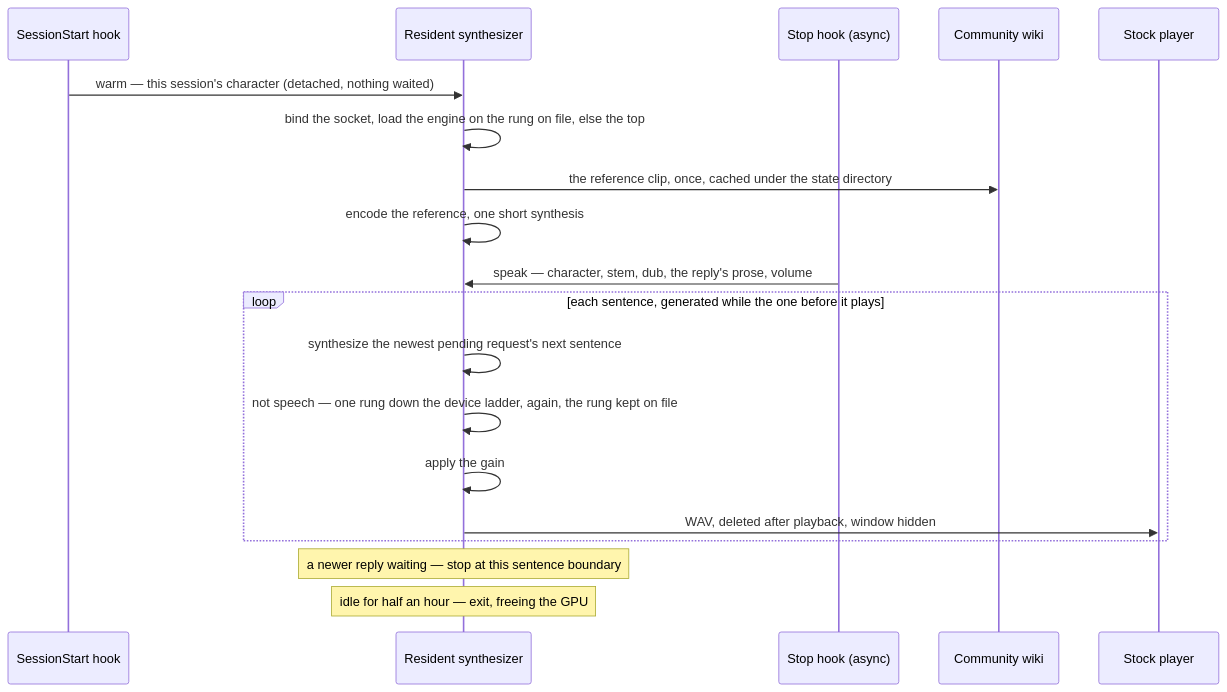
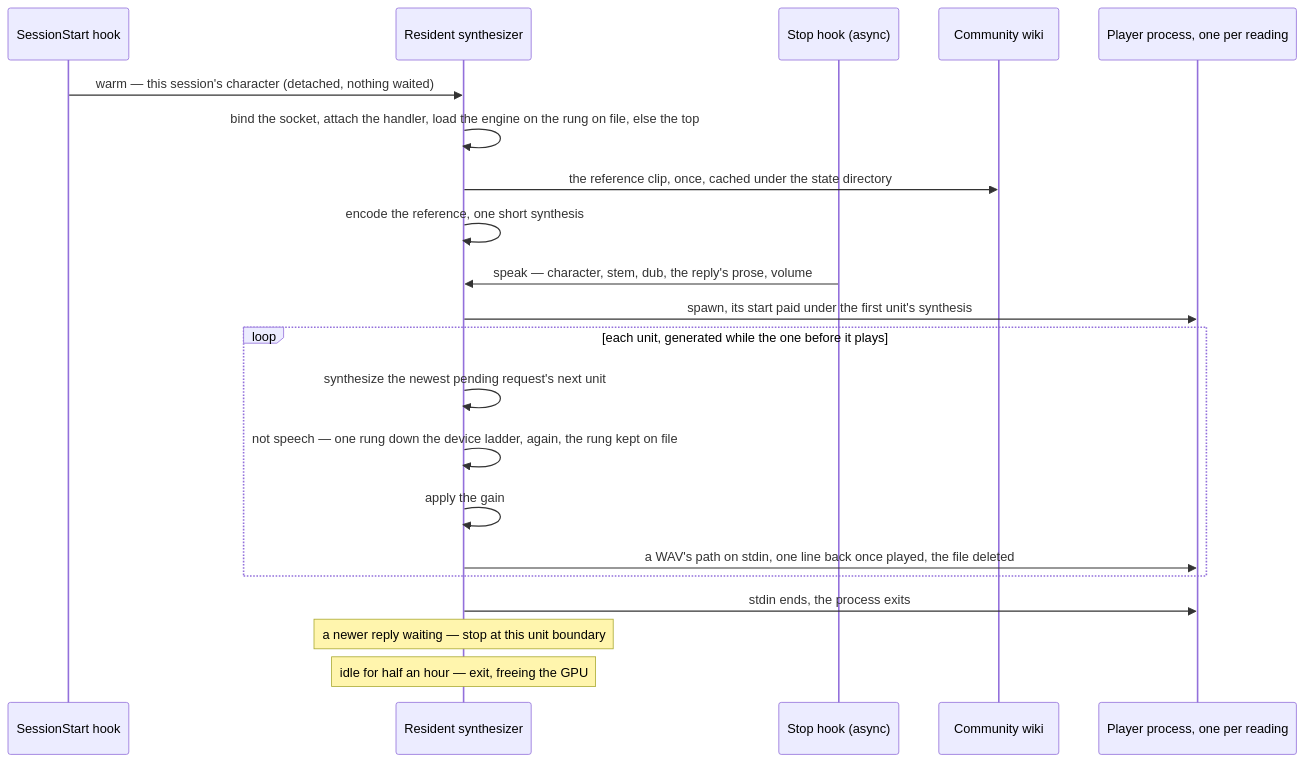
The first of 2 diagrams in apps/web/content/docs/infra/claude-interface/spoken-replies.md (Esposter/Esposter), drawn with Mermaid before and after one commit. The commit also changed other lines of this file and 11 other files, not shown here.

First line of the commit message:
perf(genshin-persona): a reply is read in units of a few sentences after the first, from a five-second reference

````diff
--- a/apps/web/content/docs/infra/claude-interface/spoken-replies.md
+++ b/apps/web/content/docs/infra/claude-interface/spoken-replies.md
@@ -19,22 +19,24 @@
 ```mermaid
 sequenceDiagram
     participant Start as SessionStart hook
     participant Server as Resident synthesizer
     participant Stop as Stop hook (async)
     participant Wiki as Community wiki
-    participant Player as Stock player
+    participant Player as Player process, one per reading
 
     Start->>Server: warm — this session's character (detached, nothing waited)
-    Server->>Server: bind the socket, load the engine on the rung on file, else the top
+    Server->>Server: bind the socket, attach the handler, load the engine on the rung on file, else the top
     Server->>Wiki: the reference clip, once, cached under the state directory
     Server->>Server: encode the reference, one short synthesis
     Stop->>Server: speak — character, stem, dub, the reply's prose, volume
-    loop each sentence, generated while the one before it plays
-        Server->>Server: synthesize the newest pending request's next sentence
+    Server->>Player: spawn, its start paid under the first unit's synthesis
+    loop each unit, generated while the one before it plays
+        Server->>Server: synthesize the newest pending request's next unit
         Server->>Server: not speech — one rung down the device ladder, again, the rung kept on file
         Server->>Server: apply the gain
-        Server->>Player: WAV, deleted after playback, window hidden
+        Server->>Player: a WAV's path on stdin, one line back once played, the file deleted
     end
-    Note over Server: a newer reply waiting — stop at this sentence boundary
+    Server->>Player: stdin ends, the process exits
+    Note over Server: a newer reply waiting — stop at this unit boundary
     Note over Server: idle for half an hour — exit, freeing the GPU
 ```
````
